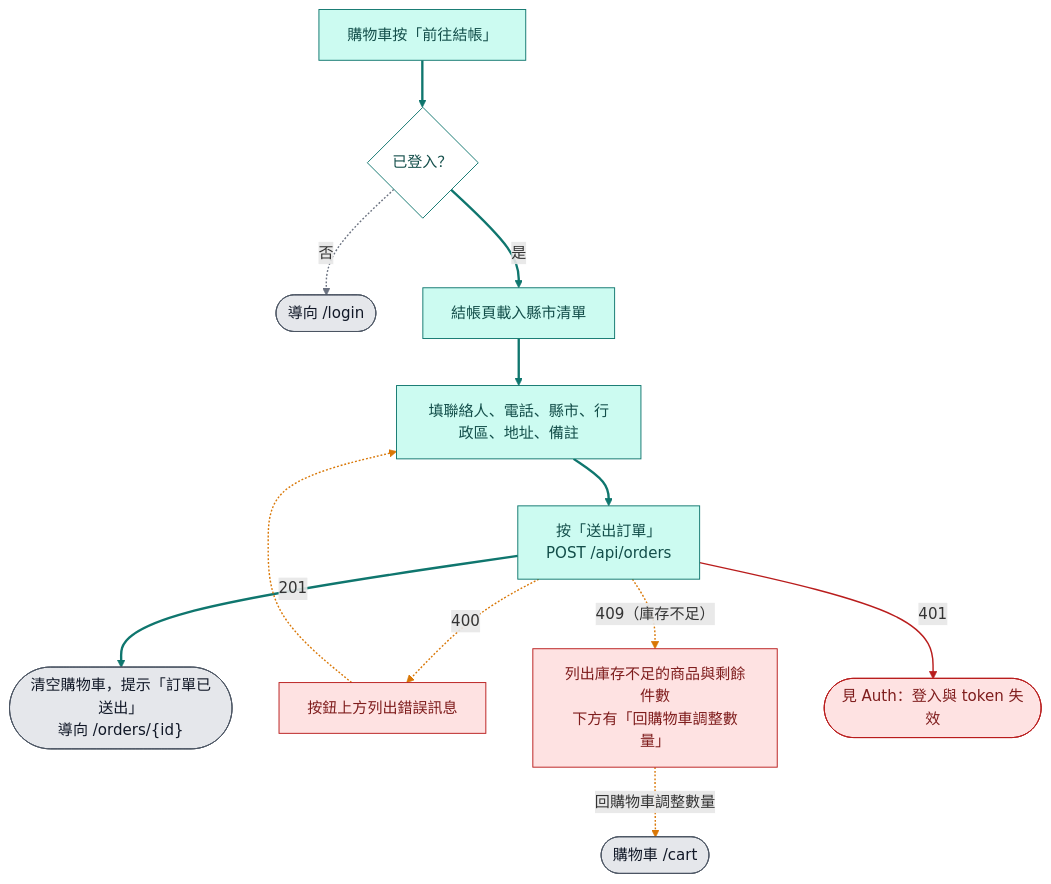
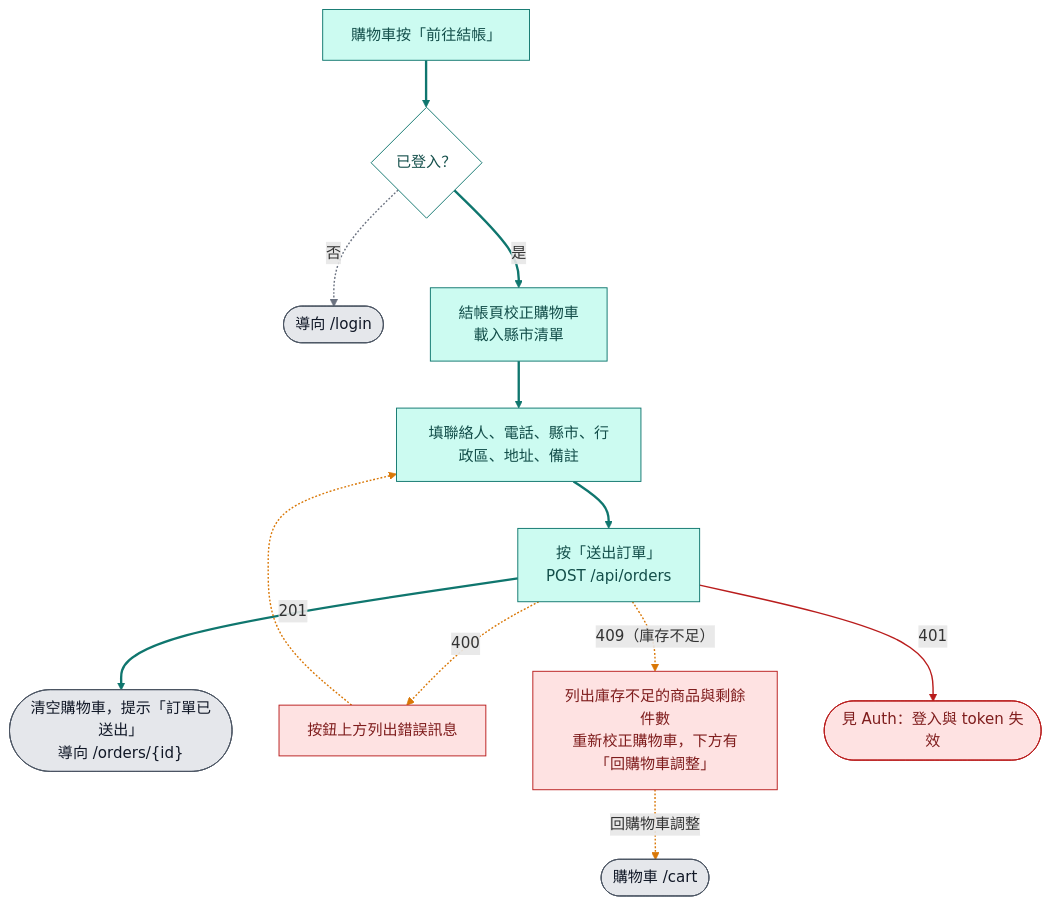
One commit to Jen-Chieh-Yu/konbini changed the first of 2 diagrams in docs/modules/Orders.md. Above: the diagram before and after it, drawn with Mermaid. The commit also changed other lines of this file and 21 other files, not shown here.

````diff
--- a/docs/modules/Orders.md
+++ b/docs/modules/Orders.md
@@ -24,28 +24,28 @@
 ```mermaid
 flowchart TD
   A["購物車按「前往結帳」"] ==> B{"已登入？"}
   B -.->|否| L(["導向 /login"])
-  B ==>|是| C["結帳頁載入縣市清單"]
+  B ==>|是| C["結帳頁校正購物車<br>載入縣市清單"]
   C ==> F["填聯絡人、電話、縣市、行政區、地址、備註"]
   F ==> S["按「送出訂單」<br>POST /api/orders"]
   S ==>|201| OK(["清空購物車，提示「訂單已送出」<br>導向 /orders/{id}"])
   S -.->|400| E["按鈕上方列出錯誤訊息"]
   E -.-> F
-  S -.->|"409（庫存不足）"| Q["列出庫存不足的商品與剩餘件數<br>下方有「回購物車調整數量」"]
-  Q -.->|回購物車調整數量| CART(["購物車 /cart"])
+  S -.->|"409（庫存不足）"| Q["列出庫存不足的商品與剩餘件數<br>重新校正購物車，下方有「回購物車調整」"]
+  Q -.->|回購物車調整| CART(["購物車 /cart"])
   S -->|401| X(["見 Auth：登入與 token 失效"])
 
   classDef step fill:#ccfbf1,stroke:#0f766e,color:#134e4a
   classDef done fill:#e5e7eb,stroke:#4b5563,color:#111827
   classDef stop fill:#fee2e2,stroke:#b91c1c,color:#7f1d1d
   classDef ask fill:#ffffff,stroke:#0f766e,color:#134e4a
   class A,C,F,S step
   class B ask
   class L,OK,CART done
   class E,Q,X stop
 
   linkStyle 0,2,3,4,5 stroke:#0f766e,stroke-width:2.5px
   linkStyle 1 stroke:#6b7280,stroke-width:1.5px
   linkStyle 6,7,8,9 stroke:#d97706,stroke-width:1.5px
   linkStyle 10 stroke:#b91c1c,stroke-width:1.5px
 ```
````
